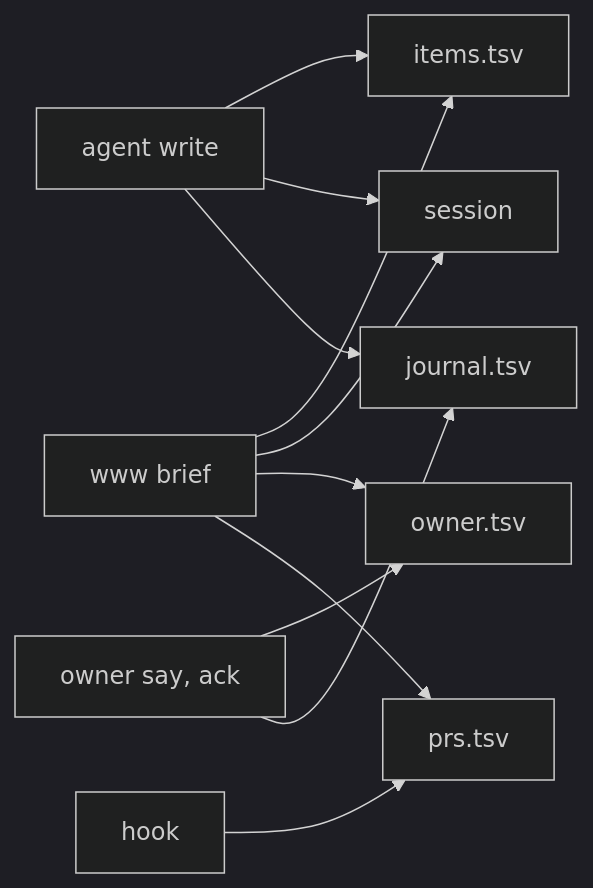
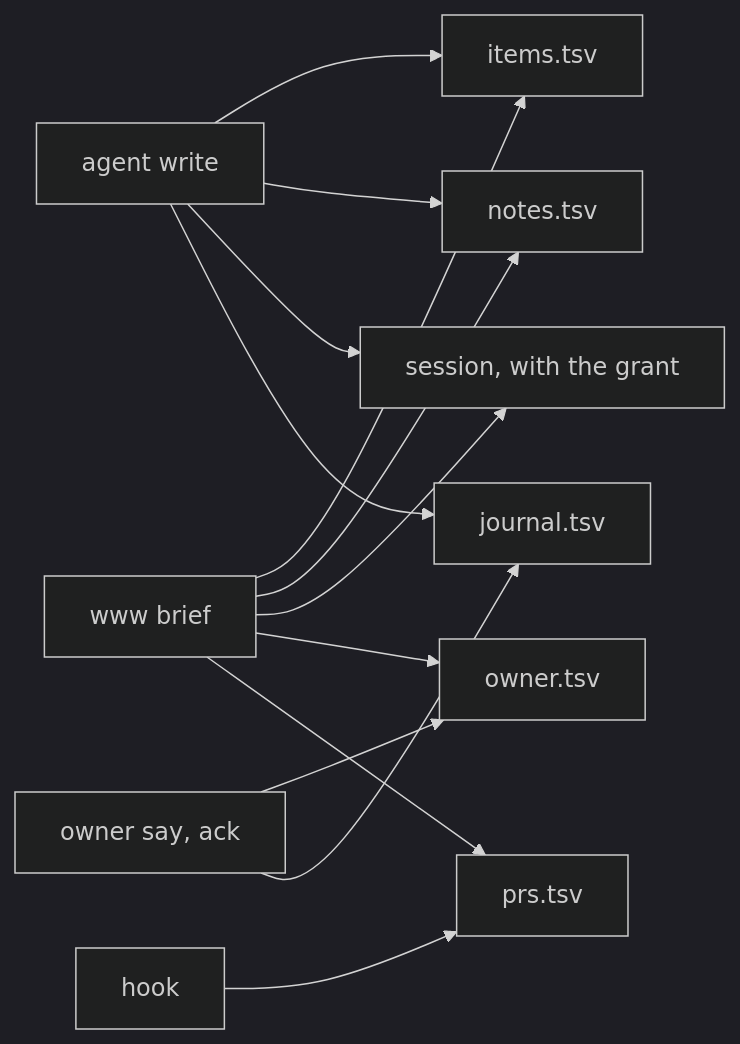
Before and after one commit to zgeoff/wherewerewe: the diagram in docs/design/wherewerewe/store.md, drawn with Mermaid (dark theme). The commit also changed other lines of this file and 8 other files, not shown here.

First line of the commit message:
docs: amend the design for notes, the grant and recap (#20)

````diff
--- a/docs/design/wherewerewe/store.md
+++ b/docs/design/wherewerewe/store.md
@@ -10,10 +10,11 @@
 ```mermaid
 flowchart LR
   write[agent write] --> items[items.tsv]
-  write --> session[session]
+  write --> notes[notes.tsv]
+  write --> session[session, with the grant]
   write --> journal[journal.tsv]
   say[owner say, ack] --> owner[owner.tsv]
   say --> journal
   hook[hook] --> prs[prs.tsv]
-  read[www brief] --> items & session & owner & prs
+  read[www brief] --> items & notes & session & owner & prs
 ```
````
